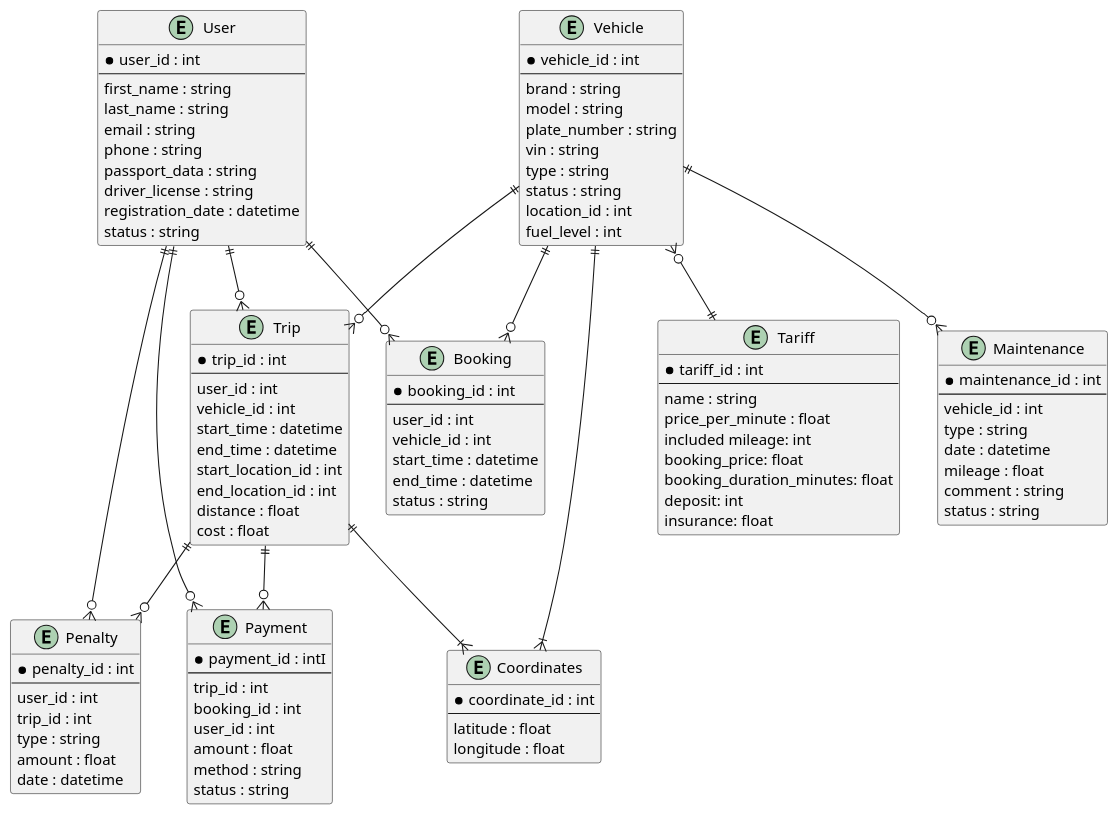
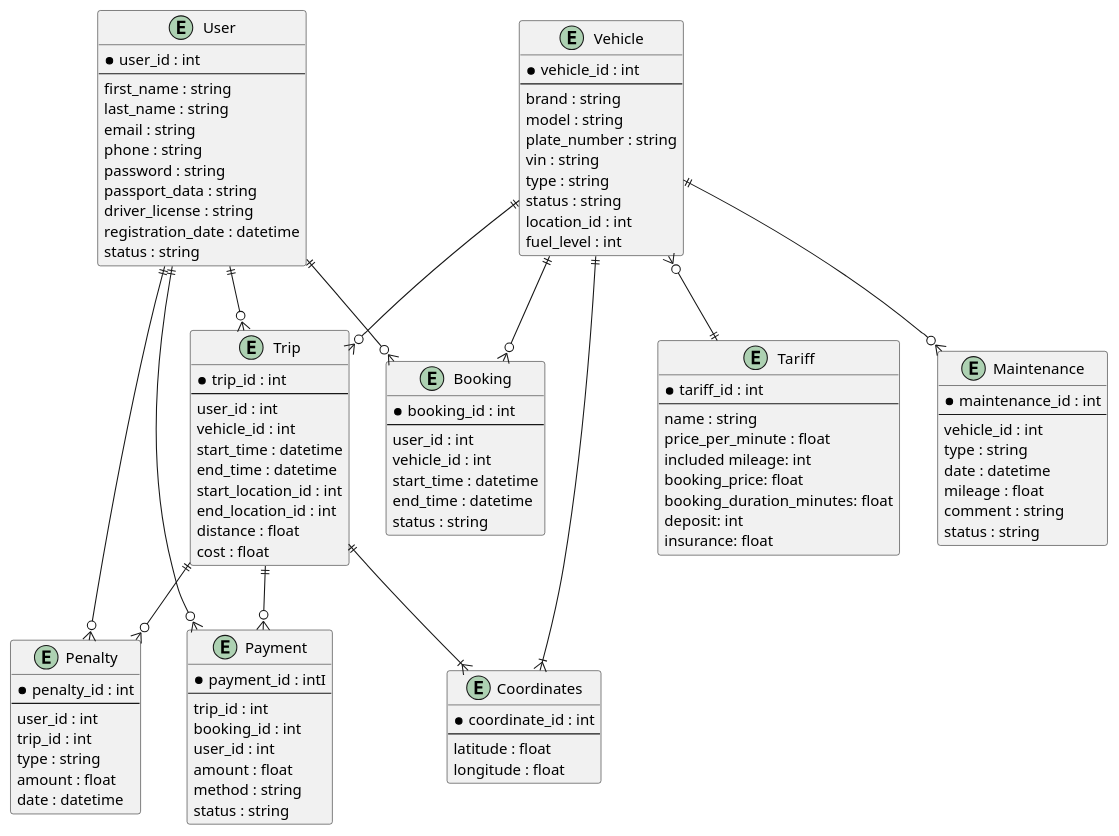
Before and after one commit to ReGeNss/car_sharing_service_api: the diagram in er_diagram.pu, drawn with PlantUML. The commit also changed 1 other file, not shown here.

Commit message:
add password to user entity

```diff
--- a/er_diagram.pu
+++ b/er_diagram.pu
@@ -1,117 +1,118 @@
 @startuml
 
 entity User {
     * user_id : int
     --
     first_name : string
     last_name : string
     email : string
     phone : string
+    password : string
     passport_data : string
     driver_license : string
     registration_date : datetime
     status : string
 }
 
 entity Vehicle {
     * vehicle_id : int
     --
     brand : string
     model : string
     plate_number : string
     vin : string
     type : string
     status : string
     location_id : int
     fuel_level : int
 }
 
 entity Booking {
     * booking_id : int
     --
     user_id : int
     vehicle_id : int
     start_time : datetime
     end_time : datetime
     status : string
 }
 
 entity Trip {
     * trip_id : int
     --
     user_id : int
     vehicle_id : int
     start_time : datetime
     end_time : datetime
     start_location_id : int
     end_location_id : int
     distance : float
     cost : float
 }
 
 entity Payment {
     * payment_id : intІ
     --
     trip_id : int
     booking_id : int
     user_id : int
     amount : float
     method : string
     status : string
 }
 
 entity Tariff {
     * tariff_id : int
     --
     name : string
     price_per_minute : float
     included mileage: int
     booking_price: float
     booking_duration_minutes: float
     deposit: int
     insurance: float
 }
 
 entity Maintenance {
     * maintenance_id : int
     --
     vehicle_id : int
     type : string
     date : datetime
     mileage : float
     comment : string
     status : string
 }
 
 entity Penalty {
     * penalty_id : int
     --
     user_id : int
     trip_id : int
     type : string
     amount : float
     date : datetime
 }
 
 entity Coordinates {
     * coordinate_id : int
     --
     latitude : float
     longitude : float
 }
 
 User ||--o{ Booking
 User ||--o{ Trip
 User ||--o{ Payment
 User ||--o{ Penalty
 
 Vehicle ||--o{ Booking
 Vehicle ||--o{ Trip
 Vehicle ||--o{ Maintenance
 Vehicle }o--|| Tariff
 Vehicle ||--|{ Coordinates
 
 Trip ||--o{ Payment
 Trip ||--o{ Penalty
 Trip ||--|{ Coordinates
 @enduml
```
